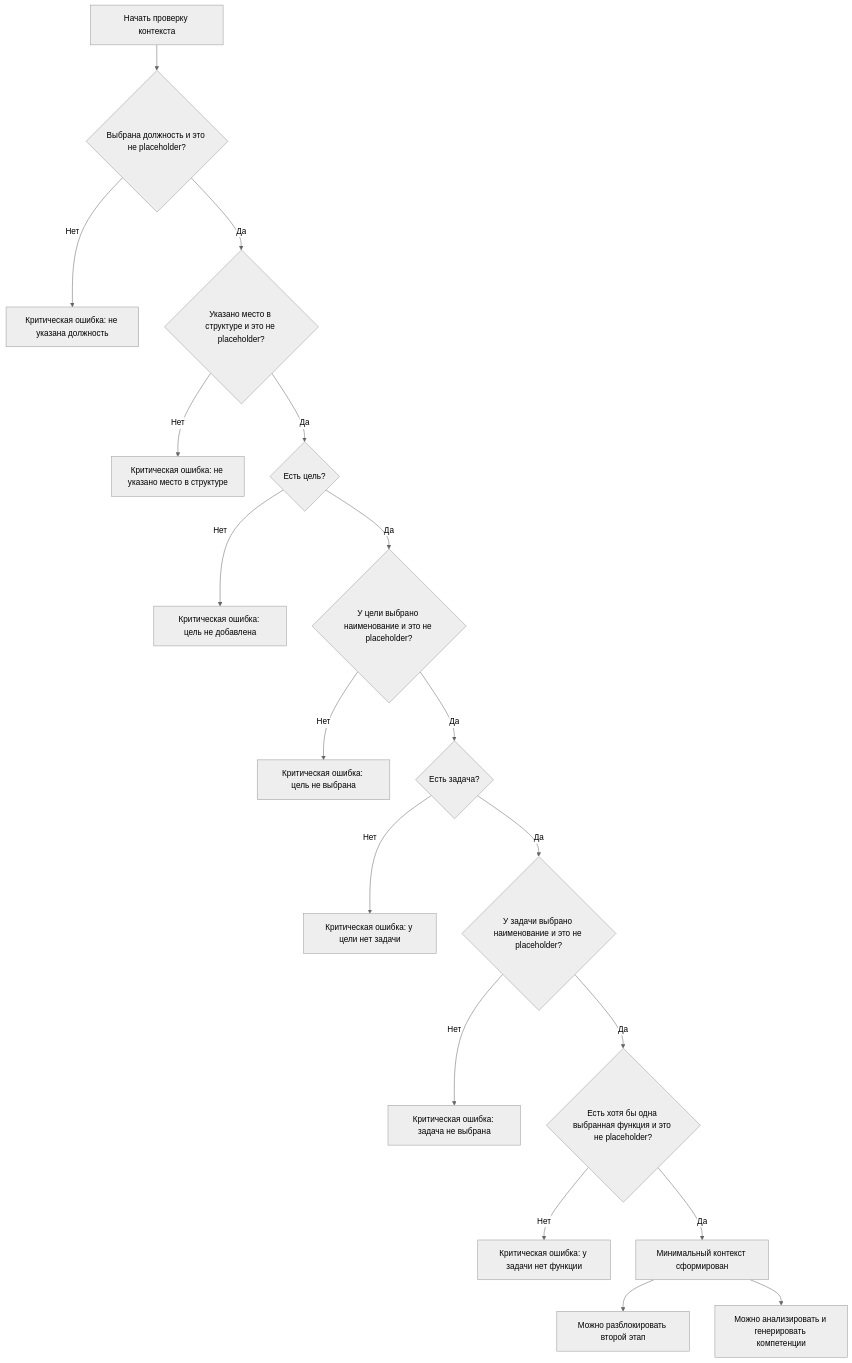
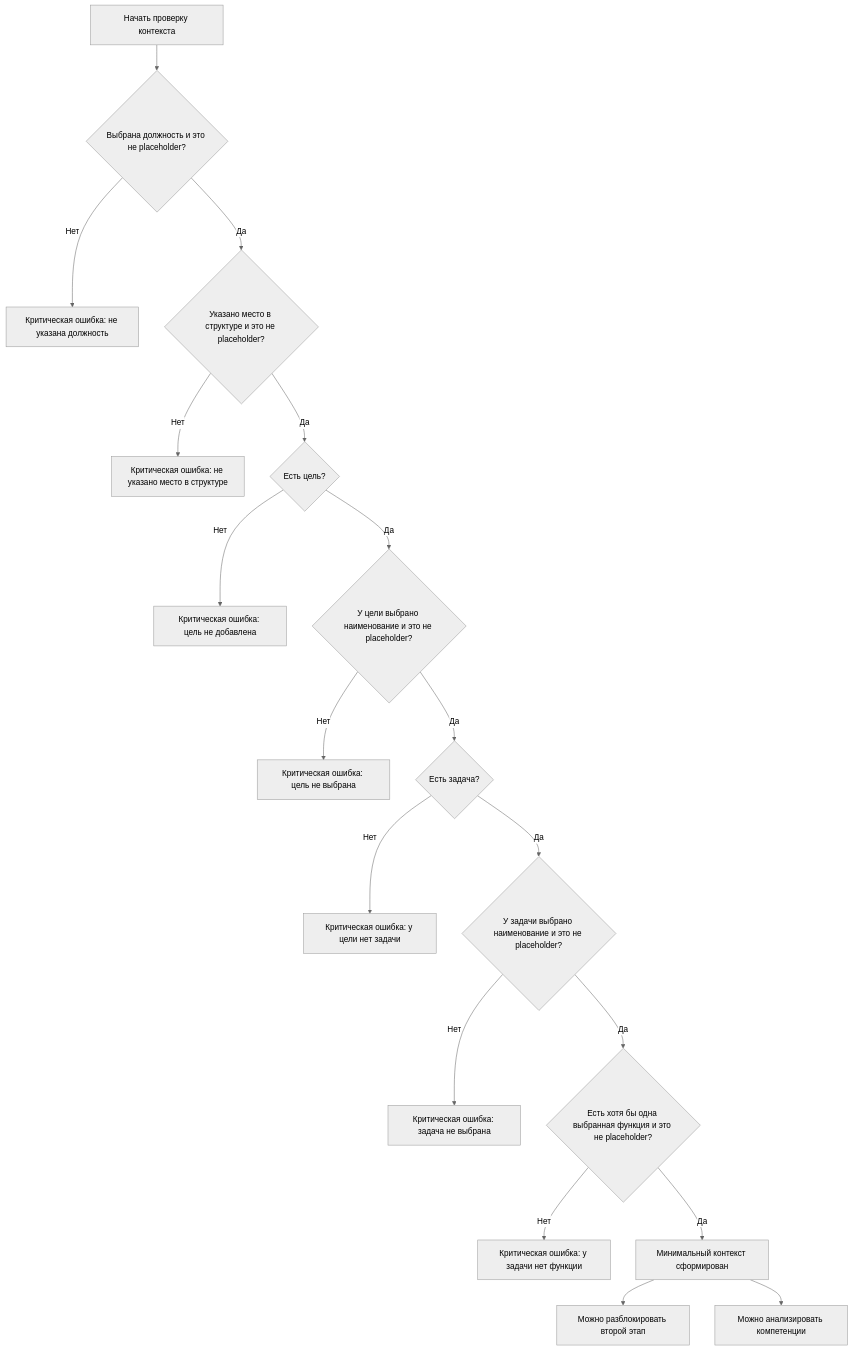
One commit to Anton-Sukhankin/HR-Profiling-Block changed the diagram in docs/components/profile-ai-assistant/business-rules.md. Above: the diagram before and after it, drawn with Mermaid (neutral theme). The commit also changed other lines of this file and 21 other files, not shown here.

````diff
--- a/docs/components/profile-ai-assistant/business-rules.md
+++ b/docs/components/profile-ai-assistant/business-rules.md
@@ -9,20 +9,20 @@
 ```mermaid
 flowchart TD
   A["Начать проверку контекста"] --> B{"Выбрана должность и это не placeholder?"}
   B -->|Нет| B1["Критическая ошибка: не указана должность"]
   B -->|Да| C{"Указано место в структуре и это не placeholder?"}
   C -->|Нет| C1["Критическая ошибка: не указано место в структуре"]
   C -->|Да| D{"Есть цель?"}
   D -->|Нет| D1["Критическая ошибка: цель не добавлена"]
   D -->|Да| E{"У цели выбрано наименование и это не placeholder?"}
   E -->|Нет| E1["Критическая ошибка: цель не выбрана"]
   E -->|Да| F{"Есть задача?"}
   F -->|Нет| F1["Критическая ошибка: у цели нет задачи"]
   F -->|Да| G{"У задачи выбрано наименование и это не placeholder?"}
   G -->|Нет| G1["Критическая ошибка: задача не выбрана"]
   G -->|Да| H{"Есть хотя бы одна выбранная функция и это не placeholder?"}
   H -->|Нет| H1["Критическая ошибка: у задачи нет функции"]
   H -->|Да| I["Минимальный контекст сформирован"]
   I --> J["Можно разблокировать второй этап"]
-  I --> K["Можно анализировать и генерировать компетенции"]
+  I --> K["Можно анализировать компетенции"]
 ```
````
